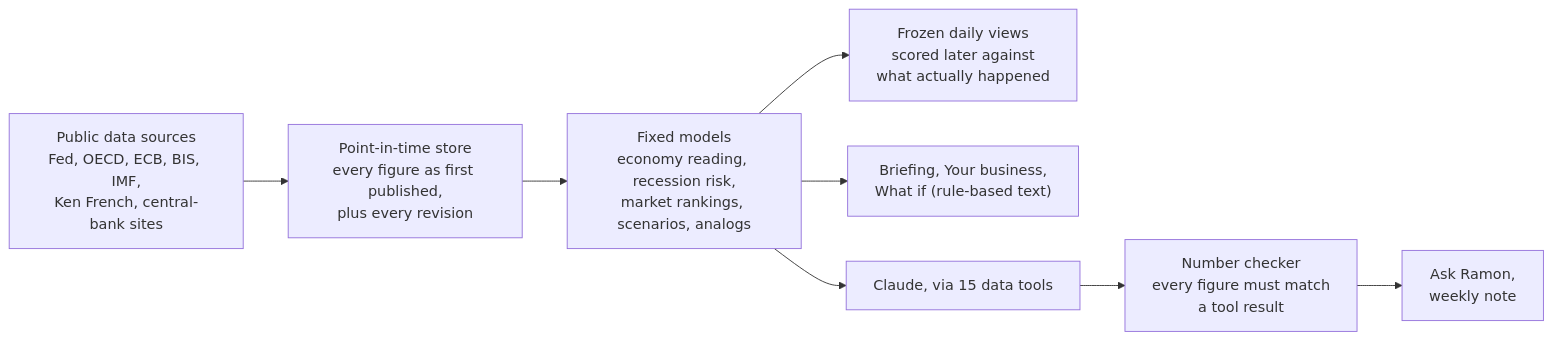
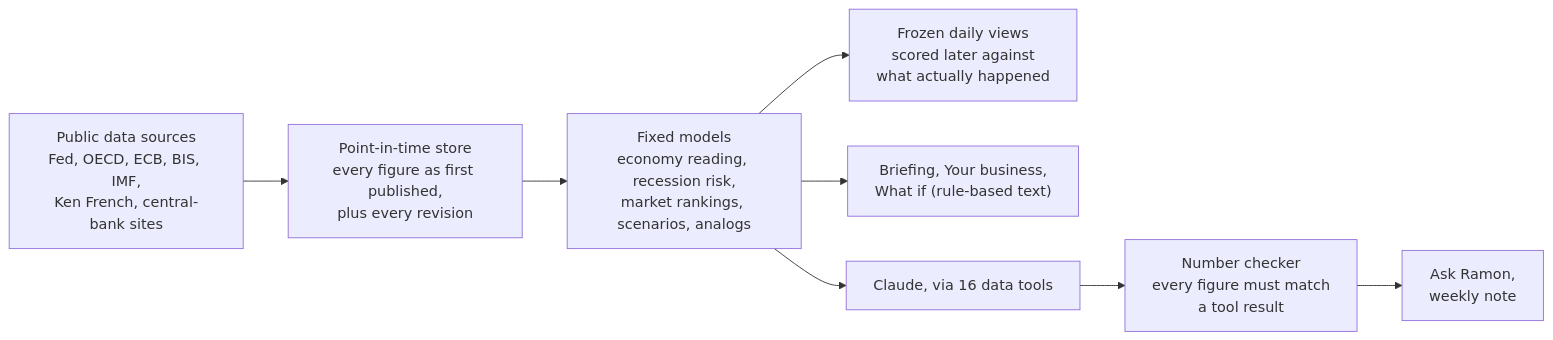
One commit to pabloapcv/quant-ai- changed the diagram in README.md. Above: the diagram before and after it, drawn with Mermaid. The commit also changed other lines of this file and 5 other files, not shown here.

````diff
--- a/README.md
+++ b/README.md
@@ -82,10 +82,10 @@
 ```mermaid
 flowchart LR
     A["Public data sources<br/>Fed, OECD, ECB, BIS, IMF,<br/>Ken French, central-bank sites"] --> B["Point-in-time store<br/>every figure as first published,<br/>plus every revision"]
     B --> C["Fixed models<br/>economy reading, recession risk,<br/>market rankings, scenarios, analogs"]
     C --> D["Frozen daily views<br/>scored later against<br/>what actually happened"]
     C --> E["Briefing, Your business,<br/>What if (rule-based text)"]
-    C --> F["Claude, via 15 data tools"]
+    C --> F["Claude, via 16 data tools"]
     F --> G["Number checker<br/>every figure must match<br/>a tool result"]
     G --> H["Ask Ramon,<br/>weekly note"]
 ```
````
